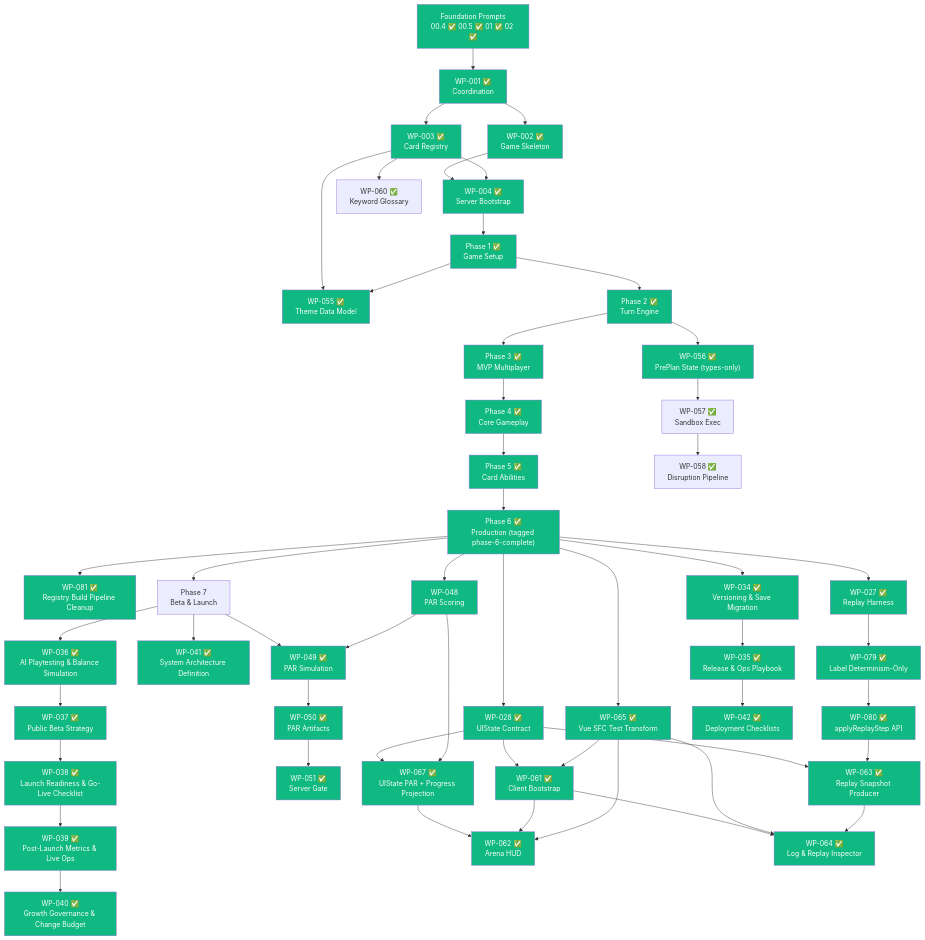
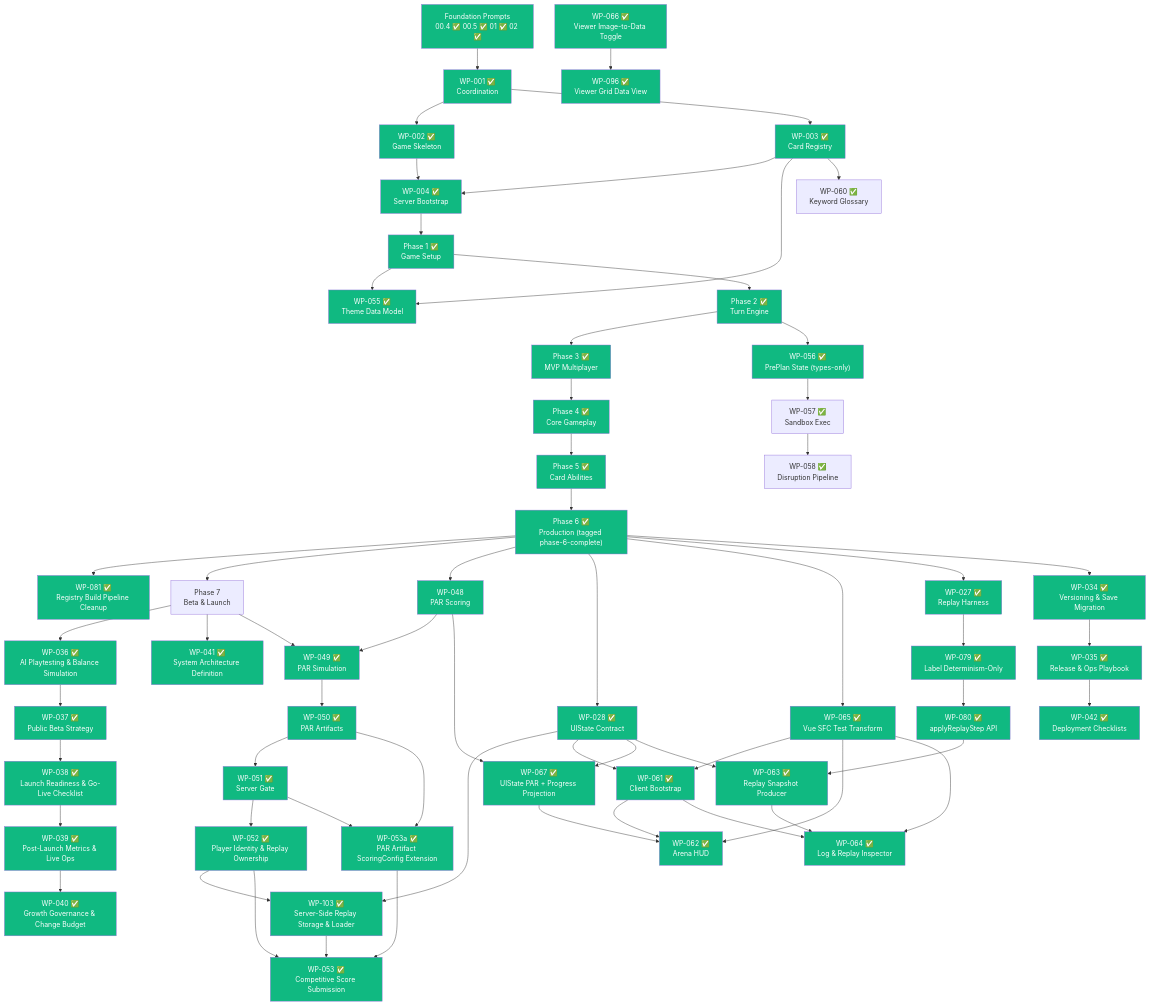
Before and after one commit to barefootbetters/legendary-arena: the diagram in docs/05-ROADMAP.md, drawn with Mermaid. The commit also changed other lines of this file and 6 other files, not shown here.

First line of the commit message:
SPEC: WP-109 / EC-109 + roadmap back-sync — team affiliation draft (3/4/5-player cohorts)

````diff
--- a/docs/05-ROADMAP.md
+++ b/docs/05-ROADMAP.md
@@ -406,6 +450,15 @@
     WP048 --> WP049
     WP049 --> WP050["WP-050 ✅\nPAR Artifacts"]
     WP050 --> WP051["WP-051 ✅\nServer Gate"]
+    WP051 --> WP052["WP-052 ✅\nPlayer Identity & Replay Ownership"]
+    WP051 --> WP053a["WP-053a ✅\nPAR Artifact ScoringConfig Extension"]
+    WP050 --> WP053a
+    WP028 --> WP103["WP-103 ✅\nServer-Side Replay Storage & Loader"]
+    WP052 --> WP103
+    WP052 --> WP053["WP-053 ✅\nCompetitive Score Submission"]
+    WP053a --> WP053
+    WP103 --> WP053
+    WP066["WP-066 ✅\nViewer Image-to-Data Toggle"] --> WP096["WP-096 ✅\nViewer Grid Data View"]
     Phase2 --> WP056["WP-056 ✅\nPrePlan State (types-only)"]
     WP056 --> WP057["WP-057 ✅\nSandbox Exec"]
     WP057 --> WP058["WP-058 ✅\nDisruption Pipeline"]
@@ -466,4 +519,10 @@
     style WP049 fill:#10b981,color:#fff
     style WP050 fill:#10b981,color:#fff
     style WP051 fill:#10b981,color:#fff
+    style WP052 fill:#10b981,color:#fff
+    style WP053a fill:#10b981,color:#fff
+    style WP053 fill:#10b981,color:#fff
+    style WP103 fill:#10b981,color:#fff
+    style WP096 fill:#10b981,color:#fff
+    style WP066 fill:#10b981,color:#fff
 ```
````
